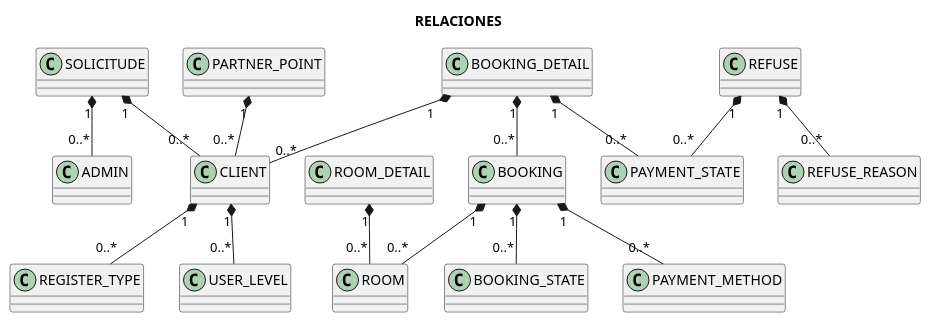
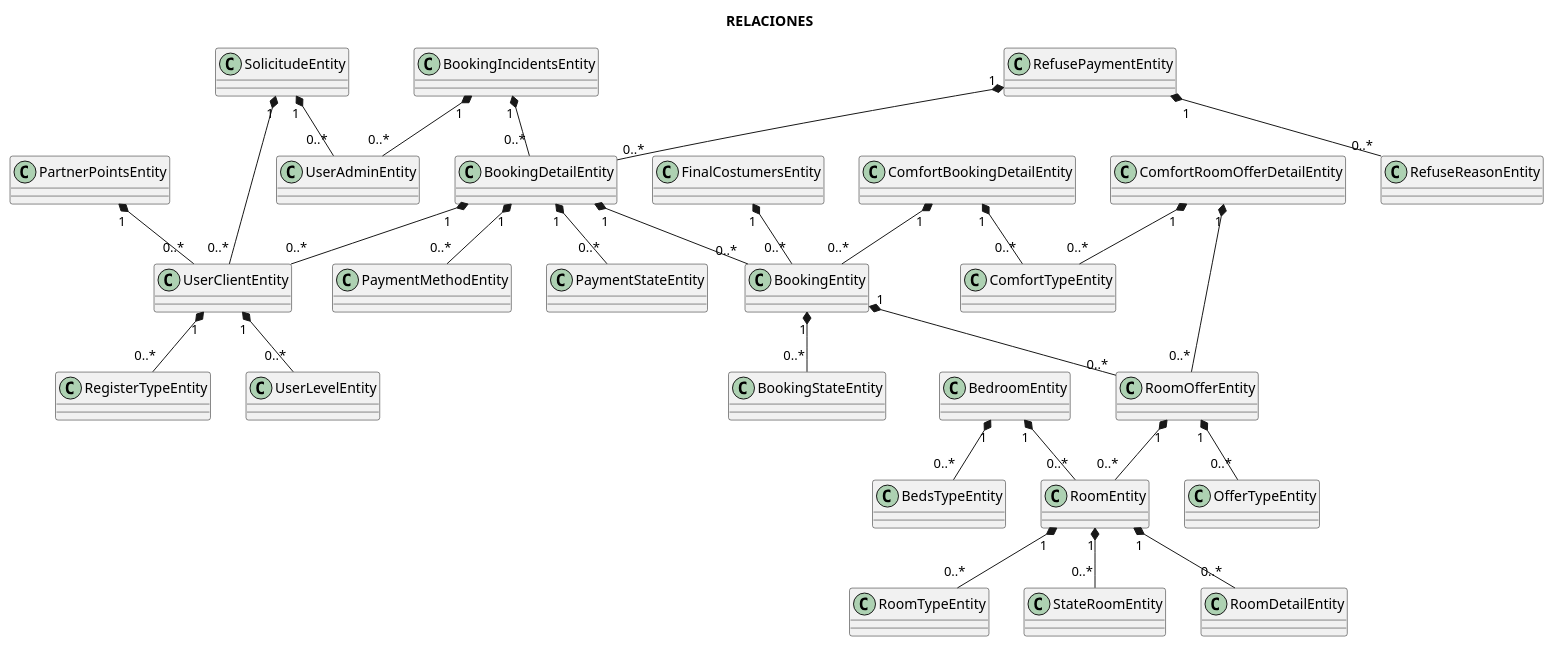
One commit to eabardalesbruno/ProyectoRepo changed the diagram in logica.plantuml. Above: the diagram before and after it, drawn with PlantUML. The commit also changed 87 other files, not shown here.

```diff
--- a/logica.plantuml
+++ b/logica.plantuml
@@ -1,23 +1,46 @@
 @startuml
 
 title RELACIONES
 
-PARTNER_POINT "1" *-- "0..*" CLIENT
-CLIENT "1" *-- "0..*" REGISTER_TYPE
-CLIENT "1" *-- "0..*" USER_LEVEL
-BOOKING "1" *-- "0..*" BOOKING_STATE
-BOOKING "1" *-- "0..*" PAYMENT_METHOD
-BOOKING "1" *-- "0..*" ROOM
-BOOKING_DETAIL "1" *-- "0..*" CLIENT
-BOOKING_DETAIL "1" *-- "0..*" BOOKING
-BOOKING_DETAIL "1" *-- "0..*" PAYMENT_STATE
-ROOM_DETAIL "1" *-- "0..*" ROOM
-REFUSE "1" *-- "0..*" PAYMENT_STATE
-REFUSE "1" *-- "0..*" REFUSE_REASON
 
+PartnerPointsEntity "1" *-- "0..*" UserClientEntity
 
-SOLICITUDE "1" *-- "0..*" ADMIN
-SOLICITUDE "1" *-- "0..*" CLIENT
+UserClientEntity "1" *-- "0..*" RegisterTypeEntity
+UserClientEntity "1" *-- "0..*" UserLevelEntity
+
+BookingEntity "1" *-- "0..*" BookingStateEntity
+BookingEntity "1" *-- "0..*" RoomOfferEntity
+ComfortBookingDetailEntity "1" *-- "0..*" BookingEntity
+ComfortBookingDetailEntity "1" *-- "0..*" ComfortTypeEntity
+
+BookingIncidentsEntity "1" *-- "0..*" BookingDetailEntity
+
+RoomOfferEntity "1" *-- "0..*" RoomEntity
+RoomOfferEntity "1" *-- "0..*" OfferTypeEntity
+ComfortRoomOfferDetailEntity  "1" *-- "0..*" RoomOfferEntity
+ComfortRoomOfferDetailEntity  "1" *-- "0..*" ComfortTypeEntity
+
+BookingDetailEntity "1" *-- "0..*" PaymentMethodEntity
+BookingDetailEntity "1" *-- "0..*" UserClientEntity
+BookingDetailEntity "1" *-- "0..*" BookingEntity
+BookingDetailEntity "1" *-- "0..*" PaymentStateEntity
+
+BedroomEntity "1" *-- "0..*" RoomEntity
+BedroomEntity "1" *-- "0..*" BedsTypeEntity
+
+RoomEntity "1" *-- "0..*" RoomTypeEntity
+RoomEntity "1" *-- "0..*" StateRoomEntity
+RoomEntity "1" *-- "0..*" RoomDetailEntity
+
+RefusePaymentEntity "1" *-- "0..*" BookingDetailEntity
+RefusePaymentEntity "1" *-- "0..*" RefuseReasonEntity
+
+FinalCostumersEntity "1" *-- "0..*" BookingEntity
+
+SolicitudeEntity "1" *-- "0..*" UserAdminEntity
+SolicitudeEntity "1" *-- "0..*" UserClientEntity
+
+BookingIncidentsEntity "1" *-- "0..*" UserAdminEntity
 
 
 @enduml
```
